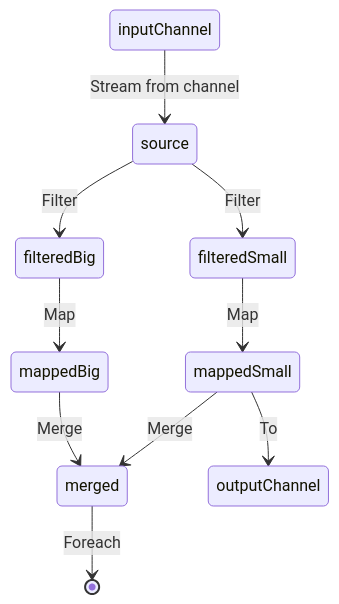
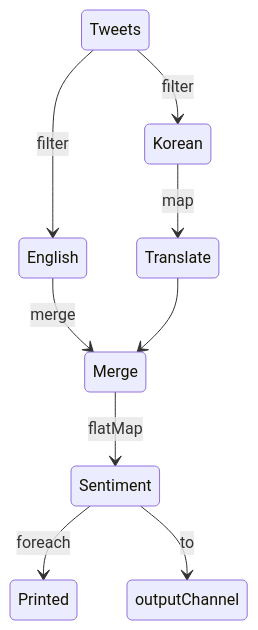
One commit to KumKeeHyun/gstream changed the second of 2 diagrams in README.md. Above: the diagram before and after it, drawn with Mermaid. The commit also changed other lines of this file and 1 other file, not shown here.

````diff
--- a/README.md
+++ b/README.md
@@ -56,12 +81,11 @@
 ```mermaid
 stateDiagram-v2
-    inputChannel --> source : Stream from channel
-    source --> filteredBig : Filter
-    filteredBig --> mappedBig : Map
-    source --> filteredSmall : Filter
-    filteredSmall --> mappedSmall : Map
-    mappedBig --> merged : Merge
-    mappedSmall --> merged : Merge
-    mappedSmall --> outputChannel : To
-    merged --> [*] : Foreach
+    Tweets --> English : filter
+    Tweets --> Korean : filter
+    Korean --> Translate : map
+    English --> Merge : merge
+    Translate --> Merge
+    Merge --> Sentiment : flatMap
+    Sentiment --> Printed : foreach
+    Sentiment --> outputChannel : to
 ```
````
